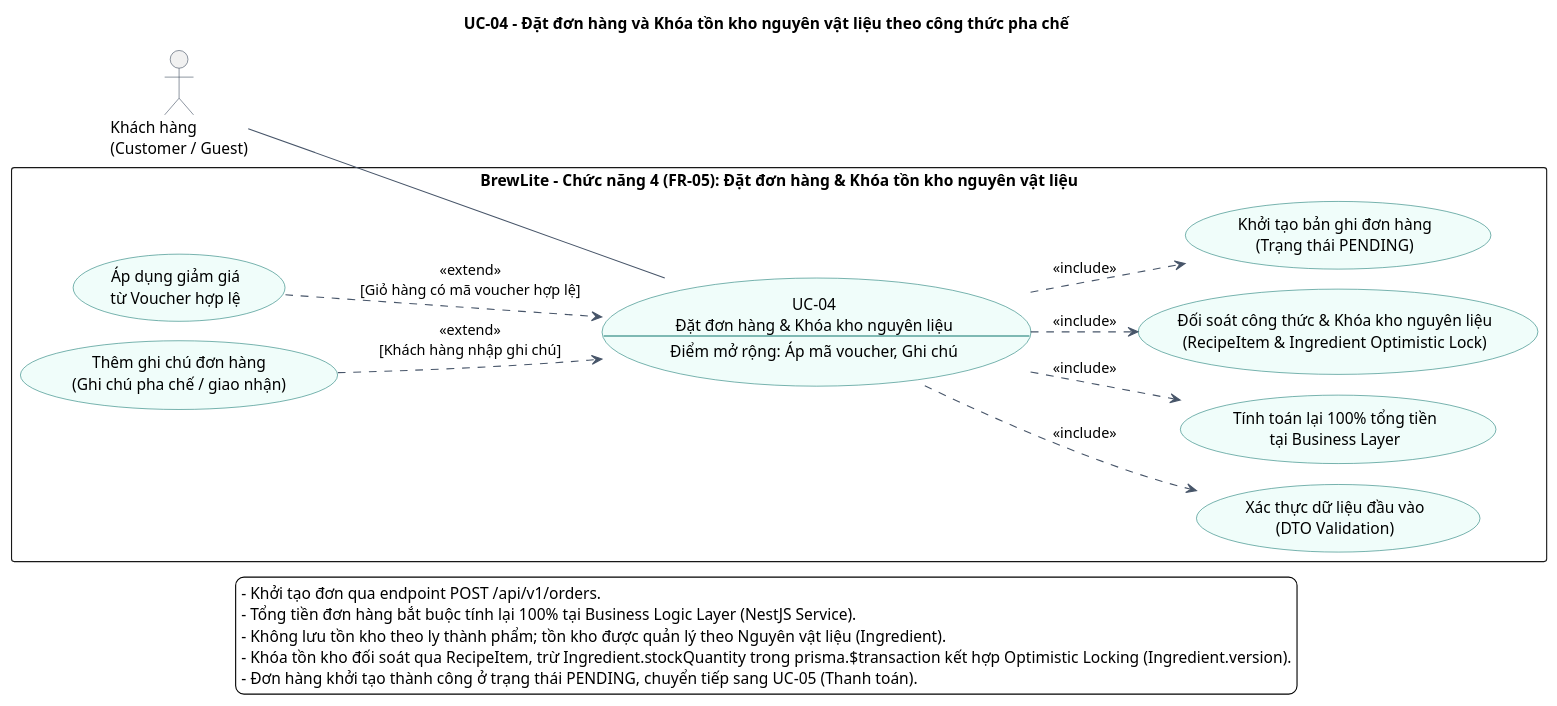
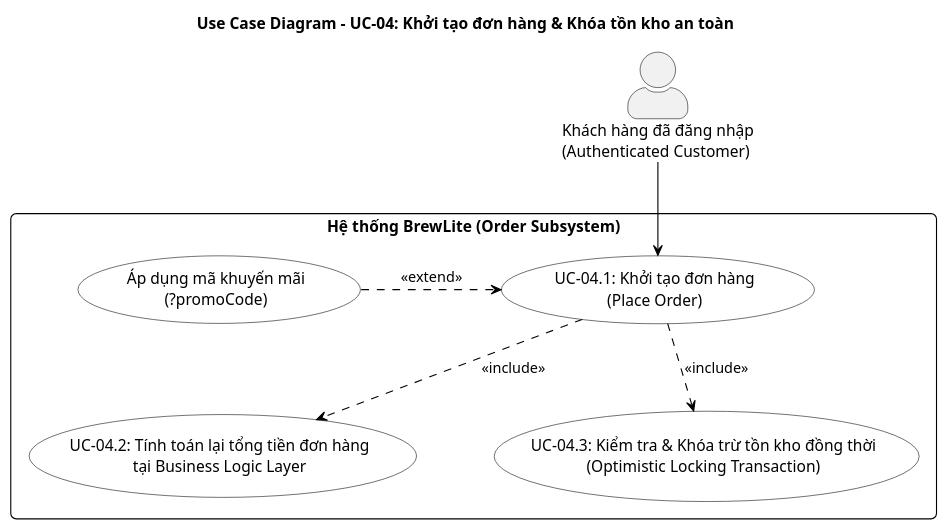
Before and after one commit to SamuiSang/brewlite2: the diagram in docs/diagrams/uc-04-create-order.puml, drawn with PlantUML. The commit also changed 3 other files, not shown here.

```diff
--- a/docs/diagrams/uc-04-create-order.puml
+++ b/docs/diagrams/uc-04-create-order.puml
@@ -1,42 +1,34 @@
 @startuml uc-04-create-order
-!pragma layout smetana
-left to right direction
-skinparam backgroundColor white
+title Use Case Diagram - UC-04: Khởi tạo đơn hàng & Khóa tồn kho an toàn
+skinparam actorStyle awesome
+skinparam packageStyle rectangle
+skinparam roundcorner 10
+skinparam monochrome true
 skinparam shadowing false
-skinparam defaultFontName SansSerif
-skinparam packageStyle rectangle
-skinparam ArrowColor #475569
-skinparam usecaseBackgroundColor #F0FDFA
-skinparam usecaseBorderColor #0F766E
-skinparam actorBorderColor #334155
-title UC-04 - Đặt đơn hàng và Khóa tồn kho nguyên vật liệu theo công thức pha chế
+skinparam nodesep 70
+skinparam ranksep 60
 
-actor "Khách hàng\n(Customer / Guest)" as Customer
+skinparam ArrowColor black
+skinparam actorBorderColor black
+skinparam usecaseBackgroundColor white
+skinparam usecaseBorderColor black
+skinparam rectangleBorderColor black
+skinparam rectangleBackgroundColor white
 
-rectangle "BrewLite - Chức năng 4 (FR-05): Đặt đơn hàng & Khóa tồn kho nguyên vật liệu" {
-  usecase "UC-04\nĐặt đơn hàng & Khóa kho nguyên liệu\n--\nĐiểm mở rộng: Áp mã voucher, Ghi chú" as CreateOrder
-  usecase "Xác thực dữ liệu đầu vào\n(DTO Validation)" as ValidateDTO
-  usecase "Tính toán lại 100% tổng tiền\ntại Business Layer" as RecalculatePrice
-  usecase "Đối soát công thức & Khóa kho nguyên liệu\n(RecipeItem & Ingredient Optimistic Lock)" as LockInventory
-  usecase "Khởi tạo bản ghi đơn hàng\n(Trạng thái PENDING)" as InitOrder
-  usecase "Áp dụng giảm giá\ntừ Voucher hợp lệ" as ApplyVoucher
-  usecase "Thêm ghi chú đơn hàng\n(Ghi chú pha chế / giao nhận)" as AddNote
+actor "Khách hàng đã đăng nhập\n(Authenticated Customer)" as Customer
 
-  CreateOrder ..> ValidateDTO : <<include>>
-  CreateOrder ..> RecalculatePrice : <<include>>
-  CreateOrder ..> LockInventory : <<include>>
-  CreateOrder ..> InitOrder : <<include>>
-  ApplyVoucher ..> CreateOrder : <<extend>>\n[Giỏ hàng có mã voucher hợp lệ]
-  AddNote ..> CreateOrder : <<extend>>\n[Khách hàng nhập ghi chú]
+rectangle "Hệ thống BrewLite (Order Subsystem)" {
+    usecase "UC-04.1: Khởi tạo đơn hàng\n(Place Order)" as UC_PlaceOrder
+    usecase "UC-04.2: Tính toán lại tổng tiền đơn hàng\ntại Business Logic Layer" as UC_RecalculatePrice
+    usecase "UC-04.3: Kiểm tra & Khóa trừ tồn kho đồng thời\n(Optimistic Locking Transaction)" as UC_LockInventory
+    usecase "Áp dụng mã khuyến mãi\n(?promoCode)" as UC_Promotion
 }
 
-Customer -- CreateOrder
+Customer --> UC_PlaceOrder
 
-legend bottom
-  - Khởi tạo đơn qua endpoint POST /api/v1/orders.
-  - Tổng tiền đơn hàng bắt buộc tính lại 100% tại Business Logic Layer (NestJS Service).
-  - Không lưu tồn kho theo ly thành phẩm; tồn kho được quản lý theo Nguyên vật liệu (Ingredient).
-  - Khóa tồn kho đối soát qua RecipeItem, trừ Ingredient.stockQuantity trong prisma.$transaction kết hợp Optimistic Locking (Ingredient.version).
-  - Đơn hàng khởi tạo thành công ở trạng thái PENDING, chuyển tiếp sang UC-05 (Thanh toán).
-endlegend
+UC_PlaceOrder ..> UC_RecalculatePrice : <<include>>
+UC_PlaceOrder ..> UC_LockInventory : <<include>>
+
+UC_Promotion .> UC_PlaceOrder : <<extend>>
+
 @enduml
```
